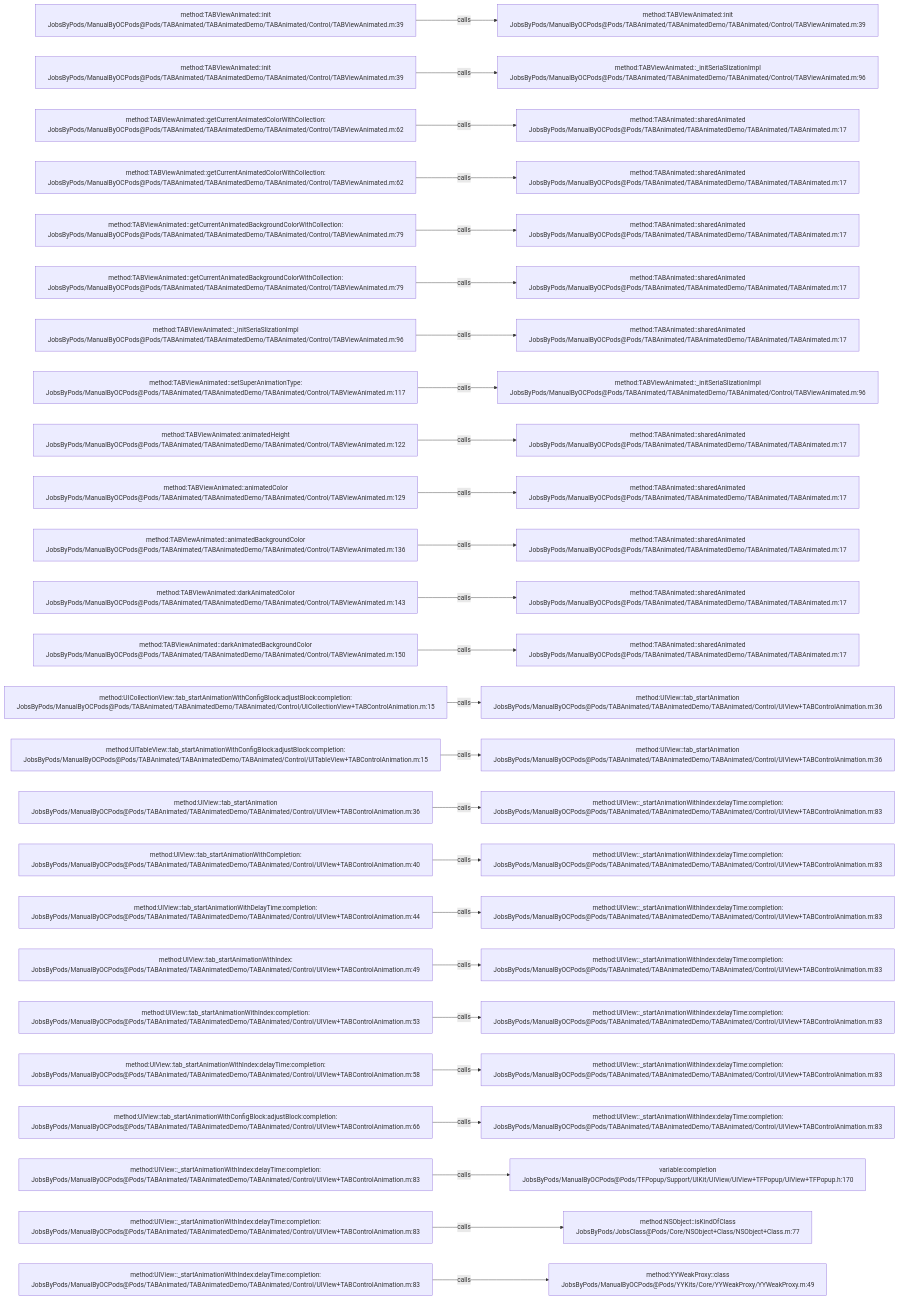
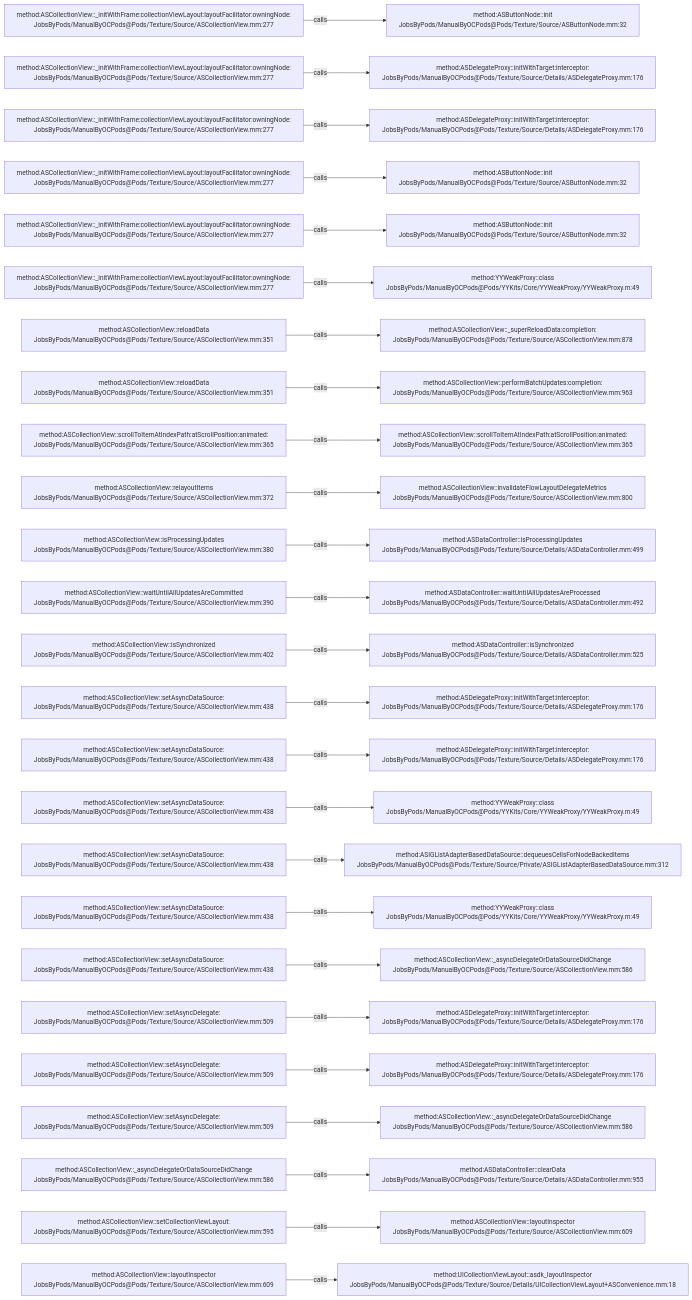
The diagram in .codegraph/codegraph.md/graphs/calls-189.md (JobsKits/JobsOCBaseConfigDemo), drawn with Mermaid before and after one commit. The commit also changed 573 other files, not shown here.

````diff
--- a/.codegraph/codegraph.md/graphs/calls-189.md
+++ b/.codegraph/codegraph.md/graphs/calls-189.md
@@ -13,78 +13,78 @@
 ```mermaid
 flowchart LR
-  S1["method:TABViewAnimated::init<br/>JobsByPods/ManualByOCPods@Pods/TABAnimated/TABAnimatedDemo/TABAnimated/Control/TABViewAnimated.m:39"]
-  T1["method:TABViewAnimated::init<br/>JobsByPods/ManualByOCPods@Pods/TABAnimated/TABAnimatedDemo/TABAnimated/Control/TABViewAnimated.m:39"]
+  S1["method:ASCollectionView::_initWithFrame:collectionViewLayout:layoutFacilitator:owningNode:<br/>JobsByPods/ManualByOCPods@Pods/Texture/Source/ASCollectionView.mm:277"]
+  T1["method:ASButtonNode::init<br/>JobsByPods/ManualByOCPods@Pods/Texture/Source/ASButtonNode.mm:32"]
   S1 -->|calls| T1
-  S2["method:TABViewAnimated::init<br/>JobsByPods/ManualByOCPods@Pods/TABAnimated/TABAnimatedDemo/TABAnimated/Control/TABViewAnimated.m:39"]
-  T2["method:TABViewAnimated::_initSeriaSlizationImpl<br/>JobsByPods/ManualByOCPods@Pods/TABAnimated/TABAnimatedDemo/TABAnimated/Control/TABViewAnimated.m:96"]
+  S2["method:ASCollectionView::_initWithFrame:collectionViewLayout:layoutFacilitator:owningNode:<br/>JobsByPods/ManualByOCPods@Pods/Texture/Source/ASCollectionView.mm:277"]
+  T2["method:ASDelegateProxy::initWithTarget:interceptor:<br/>JobsByPods/ManualByOCPods@Pods/Texture/Source/Details/ASDelegateProxy.mm:176"]
   S2 -->|calls| T2
-  S3["method:TABViewAnimated::getCurrentAnimatedColorWithCollection:<br/>JobsByPods/ManualByOCPods@Pods/TABAnimated/TABAnimatedDemo/TABAnimated/Control/TABViewAnimated.m:62"]
-  T3["method:TABAnimated::sharedAnimated<br/>JobsByPods/ManualByOCPods@Pods/TABAnimated/TABAnimatedDemo/TABAnimated/TABAnimated.m:17"]
+  S3["method:ASCollectionView::_initWithFrame:collectionViewLayout:layoutFacilitator:owningNode:<br/>JobsByPods/ManualByOCPods@Pods/Texture/Source/ASCollectionView.mm:277"]
+  T3["method:ASDelegateProxy::initWithTarget:interceptor:<br/>JobsByPods/ManualByOCPods@Pods/Texture/Source/Details/ASDelegateProxy.mm:176"]
   S3 -->|calls| T3
-  S4["method:TABViewAnimated::getCurrentAnimatedColorWithCollection:<br/>JobsByPods/ManualByOCPods@Pods/TABAnimated/TABAnimatedDemo/TABAnimated/Control/TABViewAnimated.m:62"]
-  T4["method:TABAnimated::sharedAnimated<br/>JobsByPods/ManualByOCPods@Pods/TABAnimated/TABAnimatedDemo/TABAnimated/TABAnimated.m:17"]
+  S4["method:ASCollectionView::_initWithFrame:collectionViewLayout:layoutFacilitator:owningNode:<br/>JobsByPods/ManualByOCPods@Pods/Texture/Source/ASCollectionView.mm:277"]
+  T4["method:ASButtonNode::init<br/>JobsByPods/ManualByOCPods@Pods/Texture/Source/ASButtonNode.mm:32"]
   S4 -->|calls| T4
-  S5["method:TABViewAnimated::getCurrentAnimatedBackgroundColorWithCollection:<br/>JobsByPods/ManualByOCPods@Pods/TABAnimated/TABAnimatedDemo/TABAnimated/Control/TABViewAnimated.m:79"]
-  T5["method:TABAnimated::sharedAnimated<br/>JobsByPods/ManualByOCPods@Pods/TABAnimated/TABAnimatedDemo/TABAnimated/TABAnimated.m:17"]
+  S5["method:ASCollectionView::_initWithFrame:collectionViewLayout:layoutFacilitator:owningNode:<br/>JobsByPods/ManualByOCPods@Pods/Texture/Source/ASCollectionView.mm:277"]
+  T5["method:ASButtonNode::init<br/>JobsByPods/ManualByOCPods@Pods/Texture/Source/ASButtonNode.mm:32"]
   S5 -->|calls| T5
-  S6["method:TABViewAnimated::getCurrentAnimatedBackgroundColorWithCollection:<br/>JobsByPods/ManualByOCPods@Pods/TABAnimated/TABAnimatedDemo/TABAnimated/Control/TABViewAnimated.m:79"]
-  T6["method:TABAnimated::sharedAnimated<br/>JobsByPods/ManualByOCPods@Pods/TABAnimated/TABAnimatedDemo/TABAnimated/TABAnimated.m:17"]
+  S6["method:ASCollectionView::_initWithFrame:collectionViewLayout:layoutFacilitator:owningNode:<br/>JobsByPods/ManualByOCPods@Pods/Texture/Source/ASCollectionView.mm:277"]
+  T6["method:YYWeakProxy::class<br/>JobsByPods/ManualByOCPods@Pods/YYKits/Core/YYWeakProxy/YYWeakProxy.m:49"]
   S6 -->|calls| T6
-  S7["method:TABViewAnimated::_initSeriaSlizationImpl<br/>JobsByPods/ManualByOCPods@Pods/TABAnimated/TABAnimatedDemo/TABAnimated/Control/TABViewAnimated.m:96"]
-  T7["method:TABAnimated::sharedAnimated<br/>JobsByPods/ManualByOCPods@Pods/TABAnimated/TABAnimatedDemo/TABAnimated/TABAnimated.m:17"]
+  S7["method:ASCollectionView::reloadData<br/>JobsByPods/ManualByOCPods@Pods/Texture/Source/ASCollectionView.mm:351"]
+  T7["method:ASCollectionView::_superReloadData:completion:<br/>JobsByPods/ManualByOCPods@Pods/Texture/Source/ASCollectionView.mm:878"]
   S7 -->|calls| T7
-  S8["method:TABViewAnimated::setSuperAnimationType:<br/>JobsByPods/ManualByOCPods@Pods/TABAnimated/TABAnimatedDemo/TABAnimated/Control/TABViewAnimated.m:117"]
-  T8["method:TABViewAnimated::_initSeriaSlizationImpl<br/>JobsByPods/ManualByOCPods@Pods/TABAnimated/TABAnimatedDemo/TABAnimated/Control/TABViewAnimated.m:96"]
+  S8["method:ASCollectionView::reloadData<br/>JobsByPods/ManualByOCPods@Pods/Texture/Source/ASCollectionView.mm:351"]
+  T8["method:ASCollectionView::performBatchUpdates:completion:<br/>JobsByPods/ManualByOCPods@Pods/Texture/Source/ASCollectionView.mm:963"]
   S8 -->|calls| T8
-  S9["method:TABViewAnimated::animatedHeight<br/>JobsByPods/ManualByOCPods@Pods/TABAnimated/TABAnimatedDemo/TABAnimated/Control/TABViewAnimated.m:122"]
-  T9["method:TABAnimated::sharedAnimated<br/>JobsByPods/ManualByOCPods@Pods/TABAnimated/TABAnimatedDemo/TABAnimated/TABAnimated.m:17"]
+  S9["method:ASCollectionView::scrollToItemAtIndexPath:atScrollPosition:animated:<br/>JobsByPods/ManualByOCPods@Pods/Texture/Source/ASCollectionView.mm:365"]
+  T9["method:ASCollectionView::scrollToItemAtIndexPath:atScrollPosition:animated:<br/>JobsByPods/ManualByOCPods@Pods/Texture/Source/ASCollectionView.mm:365"]
   S9 -->|calls| T9
-  S10["method:TABViewAnimated::animatedColor<br/>JobsByPods/ManualByOCPods@Pods/TABAnimated/TABAnimatedDemo/TABAnimated/Control/TABViewAnimated.m:129"]
-  T10["method:TABAnimated::sharedAnimated<br/>JobsByPods/ManualByOCPods@Pods/TABAnimated/TABAnimatedDemo/TABAnimated/TABAnimated.m:17"]
+  S10["method:ASCollectionView::relayoutItems<br/>JobsByPods/ManualByOCPods@Pods/Texture/Source/ASCollectionView.mm:372"]
+  T10["method:ASCollectionView::invalidateFlowLayoutDelegateMetrics<br/>JobsByPods/ManualByOCPods@Pods/Texture/Source/ASCollectionView.mm:800"]
   S10 -->|calls| T10
-  S11["method:TABViewAnimated::animatedBackgroundColor<br/>JobsByPods/ManualByOCPods@Pods/TABAnimated/TABAnimatedDemo/TABAnimated/Control/TABViewAnimated.m:136"]
-  T11["method:TABAnimated::sharedAnimated<br/>JobsByPods/ManualByOCPods@Pods/TABAnimated/TABAnimatedDemo/TABAnimated/TABAnimated.m:17"]
+  S11["method:ASCollectionView::isProcessingUpdates<br/>JobsByPods/ManualByOCPods@Pods/Texture/Source/ASCollectionView.mm:380"]
+  T11["method:ASDataController::isProcessingUpdates<br/>JobsByPods/ManualByOCPods@Pods/Texture/Source/Details/ASDataController.mm:499"]
   S11 -->|calls| T11
-  S12["method:TABViewAnimated::darkAnimatedColor<br/>JobsByPods/ManualByOCPods@Pods/TABAnimated/TABAnimatedDemo/TABAnimated/Control/TABViewAnimated.m:143"]
-  T12["method:TABAnimated::sharedAnimated<br/>JobsByPods/ManualByOCPods@Pods/TABAnimated/TABAnimatedDemo/TABAnimated/TABAnimated.m:17"]
+  S12["method:ASCollectionView::waitUntilAllUpdatesAreCommitted<br/>JobsByPods/ManualByOCPods@Pods/Texture/Source/ASCollectionView.mm:390"]
+  T12["method:ASDataController::waitUntilAllUpdatesAreProcessed<br/>JobsByPods/ManualByOCPods@Pods/Texture/Source/Details/ASDataController.mm:492"]
   S12 -->|calls| T12
-  S13["method:TABViewAnimated::darkAnimatedBackgroundColor<br/>JobsByPods/ManualByOCPods@Pods/TABAnimated/TABAnimatedDemo/TABAnimated/Control/TABViewAnimated.m:150"]
-  T13["method:TABAnimated::sharedAnimated<br/>JobsByPods/ManualByOCPods@Pods/TABAnimated/TABAnimatedDemo/TABAnimated/TABAnimated.m:17"]
+  S13["method:ASCollectionView::isSynchronized<br/>JobsByPods/ManualByOCPods@Pods/Texture/Source/ASCollectionView.mm:402"]
+  T13["method:ASDataController::isSynchronized<br/>JobsByPods/ManualByOCPods@Pods/Texture/Source/Details/ASDataController.mm:525"]
   S13 -->|calls| T13
-  S14["method:UICollectionView::tab_startAnimationWithConfigBlock:adjustBlock:completion:<br/>JobsByPods/ManualByOCPods@Pods/TABAnimated/TABAnimatedDemo/TABAnimated/Control/UICollectionView+TABControlAnimation.m:15"]
-  T14["method:UIView::tab_startAnimation<br/>JobsByPods/ManualByOCPods@Pods/TABAnimated/TABAnimatedDemo/TABAnimated/Control/UIView+TABControlAnimation.m:36"]
+  S14["method:ASCollectionView::setAsyncDataSource:<br/>JobsByPods/ManualByOCPods@Pods/Texture/Source/ASCollectionView.mm:438"]
+  T14["method:ASDelegateProxy::initWithTarget:interceptor:<br/>JobsByPods/ManualByOCPods@Pods/Texture/Source/Details/ASDelegateProxy.mm:176"]
   S14 -->|calls| T14
-  S15["method:UITableView::tab_startAnimationWithConfigBlock:adjustBlock:completion:<br/>JobsByPods/ManualByOCPods@Pods/TABAnimated/TABAnimatedDemo/TABAnimated/Control/UITableView+TABControlAnimation.m:15"]
-  T15["method:UIView::tab_startAnimation<br/>JobsByPods/ManualByOCPods@Pods/TABAnimated/TABAnimatedDemo/TABAnimated/Control/UIView+TABControlAnimation.m:36"]
+  S15["method:ASCollectionView::setAsyncDataSource:<br/>JobsByPods/ManualByOCPods@Pods/Texture/Source/ASCollectionView.mm:438"]
+  T15["method:ASDelegateProxy::initWithTarget:interceptor:<br/>JobsByPods/ManualByOCPods@Pods/Texture/Source/Details/ASDelegateProxy.mm:176"]
   S15 -->|calls| T15
-  S16["method:UIView::tab_startAnimation<br/>JobsByPods/ManualByOCPods@Pods/TABAnimated/TABAnimatedDemo/TABAnimated/Control/UIView+TABControlAnimation.m:36"]
-  T16["method:UIView::_startAnimationWithIndex:delayTime:completion:<br/>JobsByPods/ManualByOCPods@Pods/TABAnimated/TABAnimatedDemo/TABAnimated/Control/UIView+TABControlAnimation.m:83"]
+  S16["method:ASCollectionView::setAsyncDataSource:<br/>JobsByPods/ManualByOCPods@Pods/Texture/Source/ASCollectionView.mm:438"]
+  T16["method:YYWeakProxy::class<br/>JobsByPods/ManualByOCPods@Pods/YYKits/Core/YYWeakProxy/YYWeakProxy.m:49"]
   S16 -->|calls| T16
-  S17["method:UIView::tab_startAnimationWithCompletion:<br/>JobsByPods/ManualByOCPods@Pods/TABAnimated/TABAnimatedDemo/TABAnimated/Control/UIView+TABControlAnimation.m:40"]
-  T17["method:UIView::_startAnimationWithIndex:delayTime:completion:<br/>JobsByPods/ManualByOCPods@Pods/TABAnimated/TABAnimatedDemo/TABAnimated/Control/UIView+TABControlAnimation.m:83"]
+  S17["method:ASCollectionView::setAsyncDataSource:<br/>JobsByPods/ManualByOCPods@Pods/Texture/Source/ASCollectionView.mm:438"]
+  T17["method:ASIGListAdapterBasedDataSource::dequeuesCellsForNodeBackedItems<br/>JobsByPods/ManualByOCPods@Pods/Texture/Source/Private/ASIGListAdapterBasedDataSource.mm:312"]
   S17 -->|calls| T17
-  S18["method:UIView::tab_startAnimationWithDelayTime:completion:<br/>JobsByPods/ManualByOCPods@Pods/TABAnimated/TABAnimatedDemo/TABAnimated/Control/UIView+TABControlAnimation.m:44"]
-  T18["method:UIView::_startAnimationWithIndex:delayTime:completion:<br/>JobsByPods/ManualByOCPods@Pods/TABAnimated/TABAnimatedDemo/TABAnimated/Control/UIView+TABControlAnimation.m:83"]
+  S18["method:ASCollectionView::setAsyncDataSource:<br/>JobsByPods/ManualByOCPods@Pods/Texture/Source/ASCollectionView.mm:438"]
+  T18["method:YYWeakProxy::class<br/>JobsByPods/ManualByOCPods@Pods/YYKits/Core/YYWeakProxy/YYWeakProxy.m:49"]
   S18 -->|calls| T18
-  S19["method:UIView::tab_startAnimationWithIndex:<br/>JobsByPods/ManualByOCPods@Pods/TABAnimated/TABAnimatedDemo/TABAnimated/Control/UIView+TABControlAnimation.m:49"]
-  T19["method:UIView::_startAnimationWithIndex:delayTime:completion:<br/>JobsByPods/ManualByOCPods@Pods/TABAnimated/TABAnimatedDemo/TABAnimated/Control/UIView+TABControlAnimation.m:83"]
+  S19["method:ASCollectionView::setAsyncDataSource:<br/>JobsByPods/ManualByOCPods@Pods/Texture/Source/ASCollectionView.mm:438"]
+  T19["method:ASCollectionView::_asyncDelegateOrDataSourceDidChange<br/>JobsByPods/ManualByOCPods@Pods/Texture/Source/ASCollectionView.mm:586"]
   S19 -->|calls| T19
-  S20["method:UIView::tab_startAnimationWithIndex:completion:<br/>JobsByPods/ManualByOCPods@Pods/TABAnimated/TABAnimatedDemo/TABAnimated/Control/UIView+TABControlAnimation.m:53"]
-  T20["method:UIView::_startAnimationWithIndex:delayTime:completion:<br/>JobsByPods/ManualByOCPods@Pods/TABAnimated/TABAnimatedDemo/TABAnimated/Control/UIView+TABControlAnimation.m:83"]
+  S20["method:ASCollectionView::setAsyncDelegate:<br/>JobsByPods/ManualByOCPods@Pods/Texture/Source/ASCollectionView.mm:509"]
+  T20["method:ASDelegateProxy::initWithTarget:interceptor:<br/>JobsByPods/ManualByOCPods@Pods/Texture/Source/Details/ASDelegateProxy.mm:176"]
   S20 -->|calls| T20
-  S21["method:UIView::tab_startAnimationWithIndex:delayTime:completion:<br/>JobsByPods/ManualByOCPods@Pods/TABAnimated/TABAnimatedDemo/TABAnimated/Control/UIView+TABControlAnimation.m:58"]
-  T21["method:UIView::_startAnimationWithIndex:delayTime:completion:<br/>JobsByPods/ManualByOCPods@Pods/TABAnimated/TABAnimatedDemo/TABAnimated/Control/UIView+TABControlAnimation.m:83"]
+  S21["method:ASCollectionView::setAsyncDelegate:<br/>JobsByPods/ManualByOCPods@Pods/Texture/Source/ASCollectionView.mm:509"]
+  T21["method:ASDelegateProxy::initWithTarget:interceptor:<br/>JobsByPods/ManualByOCPods@Pods/Texture/Source/Details/ASDelegateProxy.mm:176"]
   S21 -->|calls| T21
-  S22["method:UIView::tab_startAnimationWithConfigBlock:adjustBlock:completion:<br/>JobsByPods/ManualByOCPods@Pods/TABAnimated/TABAnimatedDemo/TABAnimated/Control/UIView+TABControlAnimation.m:66"]
-  T22["method:UIView::_startAnimationWithIndex:delayTime:completion:<br/>JobsByPods/ManualByOCPods@Pods/TABAnimated/TABAnimatedDemo/TABAnimated/Control/UIView+TABControlAnimation.m:83"]
+  S22["method:ASCollectionView::setAsyncDelegate:<br/>JobsByPods/ManualByOCPods@Pods/Texture/Source/ASCollectionView.mm:509"]
+  T22["method:ASCollectionView::_asyncDelegateOrDataSourceDidChange<br/>JobsByPods/ManualByOCPods@Pods/Texture/Source/ASCollectionView.mm:586"]
   S22 -->|calls| T22
-  S23["method:UIView::_startAnimationWithIndex:delayTime:completion:<br/>JobsByPods/ManualByOCPods@Pods/TABAnimated/TABAnimatedDemo/TABAnimated/Control/UIView+TABControlAnimation.m:83"]
-  T23["variable:completion<br/>JobsByPods/ManualByOCPods@Pods/TFPopup/Support/UIKit/UIView/UIView+TFPopup/UIView+TFPopup.h:170"]
+  S23["method:ASCollectionView::_asyncDelegateOrDataSourceDidChange<br/>JobsByPods/ManualByOCPods@Pods/Texture/Source/ASCollectionView.mm:586"]
+  T23["method:ASDataController::clearData<br/>JobsByPods/ManualByOCPods@Pods/Texture/Source/Details/ASDataController.mm:955"]
   S23 -->|calls| T23
-  S24["method:UIView::_startAnimationWithIndex:delayTime:completion:<br/>JobsByPods/ManualByOCPods@Pods/TABAnimated/TABAnimatedDemo/TABAnimated/Control/UIView+TABControlAnimation.m:83"]
-  T24["method:NSObject::isKindOfClass<br/>JobsByPods/JobsClass@Pods/Core/NSObject+Class/NSObject+Class.m:77"]
+  S24["method:ASCollectionView::setCollectionViewLayout:<br/>JobsByPods/ManualByOCPods@Pods/Texture/Source/ASCollectionView.mm:595"]
+  T24["method:ASCollectionView::layoutInspector<br/>JobsByPods/ManualByOCPods@Pods/Texture/Source/ASCollectionView.mm:609"]
   S24 -->|calls| T24
-  S25["method:UIView::_startAnimationWithIndex:delayTime:completion:<br/>JobsByPods/ManualByOCPods@Pods/TABAnimated/TABAnimatedDemo/TABAnimated/Control/UIView+TABControlAnimation.m:83"]
-  T25["method:YYWeakProxy::class<br/>JobsByPods/ManualByOCPods@Pods/YYKits/Core/YYWeakProxy/YYWeakProxy.m:49"]
+  S25["method:ASCollectionView::layoutInspector<br/>JobsByPods/ManualByOCPods@Pods/Texture/Source/ASCollectionView.mm:609"]
+  T25["method:UICollectionViewLayout::asdk_layoutInspector<br/>JobsByPods/ManualByOCPods@Pods/Texture/Source/Details/UICollectionViewLayout+ASConvenience.mm:18"]
   S25 -->|calls| T25
 ```
````
